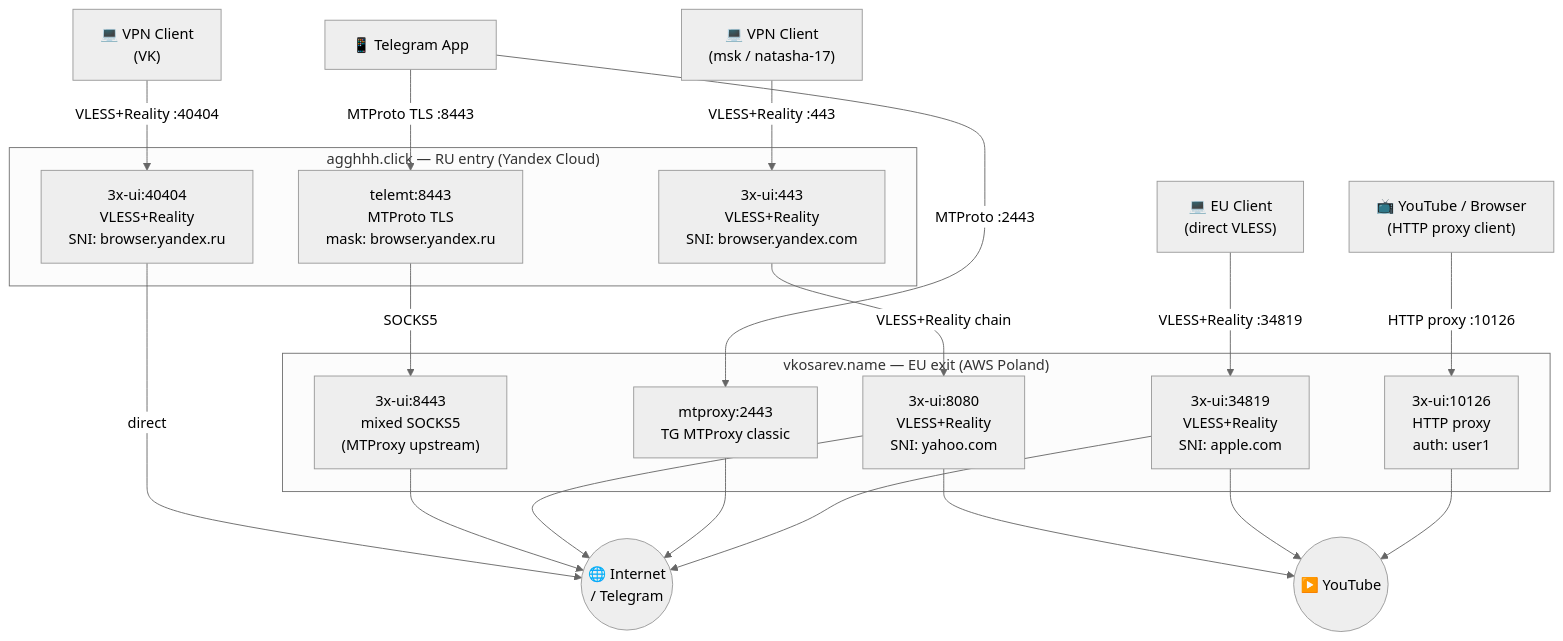
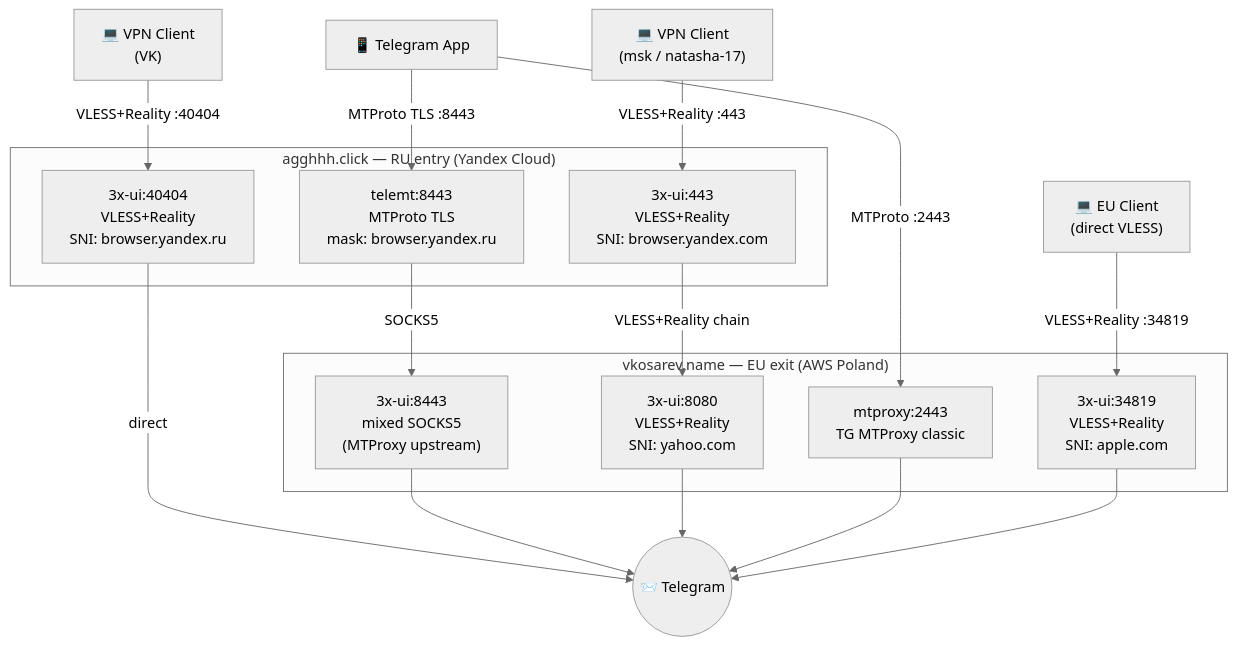
One commit to vadim-kosarev/vps changed the first of 2 diagrams in README.md. Above: the diagram before and after it, drawn with Mermaid (neutral theme). The commit also changed other lines of this file, not shown here.

Commit message:
\ docs: split proxy diagram into Telegram and YouTube\

````diff
--- a/README.md
+++ b/README.md
@@ -18,44 +20,37 @@
 ```mermaid
 flowchart TD
     TG["📱 Telegram App"]
     VPN_MSK["💻 VPN Client\n(msk / natasha-17)"]
     VPN_VK["💻 VPN Client\n(VK)"]
     EU_CLIENT["💻 EU Client\n(direct VLESS)"]
-    YT_CLIENT["📺 YouTube / Browser\n(HTTP proxy client)"]
 
     subgraph agghhh ["agghhh.click — RU entry (Yandex Cloud)"]
         TELEMT["telemt:8443\nMTProto TLS\nmask: browser.yandex.ru"]
         XUI_443["3x-ui:443\nVLESS+Reality\nSNI: browser.yandex.com"]
         XUI_40404["3x-ui:40404\nVLESS+Reality\nSNI: browser.yandex.ru"]
     end
 
     subgraph vkosarev ["vkosarev.name — EU exit (AWS Poland)"]
         MIXED["3x-ui:8443\nmixed SOCKS5\n(MTProxy upstream)"]
         RU_PL["3x-ui:8080\nVLESS+Reality\nSNI: yahoo.com"]
         EU_AMAZON["3x-ui:34819\nVLESS+Reality\nSNI: apple.com"]
-        HTTP_PROXY["3x-ui:10126\nHTTP proxy\nauth: user1"]
         MTPROXY["mtproxy:2443\nTG MTProxy classic"]
     end
 
-    INTERNET(("🌐 Internet\n/ Telegram"))
-    YOUTUBE(("▶️ YouTube"))
+    TELEGRAM(("📨 Telegram"))
 
     TG -->|"MTProto TLS :8443"| TELEMT
     TG -->|"MTProto :2443"| MTPROXY
     VPN_MSK -->|"VLESS+Reality :443"| XUI_443
     VPN_VK -->|"VLESS+Reality :40404"| XUI_40404
     EU_CLIENT -->|"VLESS+Reality :34819"| EU_AMAZON
-    YT_CLIENT -->|"HTTP proxy :10126"| HTTP_PROXY
 
     TELEMT -->|"SOCKS5"| MIXED
     XUI_443 -->|"VLESS+Reality chain"| RU_PL
-    XUI_40404 -->|"direct"| INTERNET
+    XUI_40404 -->|"direct"| TELEGRAM
 
-    MIXED --> INTERNET
-    RU_PL --> INTERNET
-    RU_PL --> YOUTUBE
-    MTPROXY --> INTERNET
-    EU_AMAZON --> INTERNET
-    EU_AMAZON --> YOUTUBE
-    HTTP_PROXY --> YOUTUBE
+    MIXED --> TELEGRAM
+    RU_PL --> TELEGRAM
+    MTPROXY --> TELEGRAM
+    EU_AMAZON --> TELEGRAM
 ```
````
